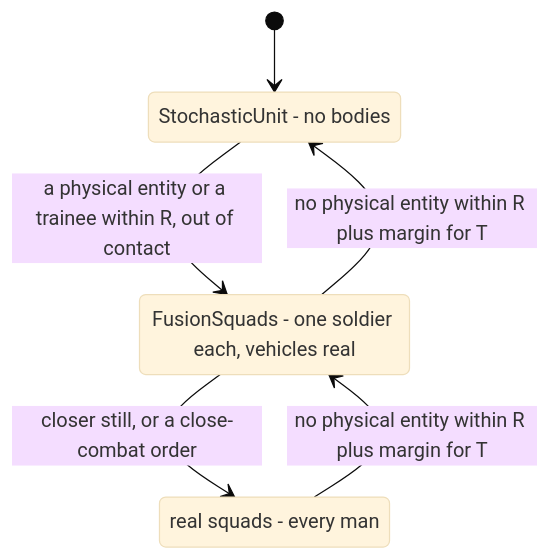
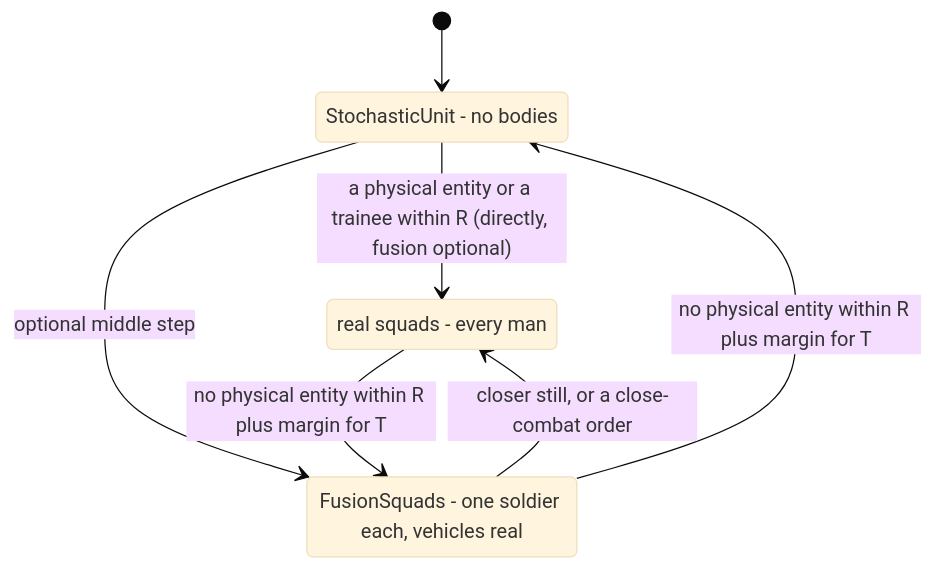
Before and after one commit to pjanec/HROT: the first of 4 diagrams in docs/designs/aggregate-units/DESIGN_Stochastic_Units_And_Resolution.md, drawn with Mermaid (base theme). The commit also changed other lines of this file and 1 other file, not shown here.

First line of the commit message:
docs: FusionSquad's purpose was chain testing only (user); de-aggregation goes stochastic → physical directly, fusion optional

````diff
--- a/docs/designs/aggregate-units/DESIGN_Stochastic_Units_And_Resolution.md
+++ b/docs/designs/aggregate-units/DESIGN_Stochastic_Units_And_Resolution.md
@@ -79,11 +85,12 @@
 ```mermaid
 stateDiagram-v2
   Stochastic: StochasticUnit - no bodies
   Fusion: FusionSquads - one soldier each, vehicles real
   Physical: real squads - every man
   [*] --> Stochastic
-  Stochastic --> Fusion: a physical entity or a trainee within R, out of contact
+  Stochastic --> Physical: a physical entity or a trainee within R (directly, fusion optional)
+  Stochastic --> Fusion: optional middle step
   Fusion --> Physical: closer still, or a close-combat order
   Physical --> Fusion: no physical entity within R plus margin for T
   Fusion --> Stochastic: no physical entity within R plus margin for T
 ```
````
